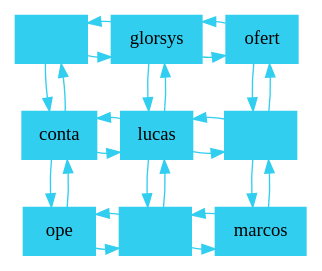
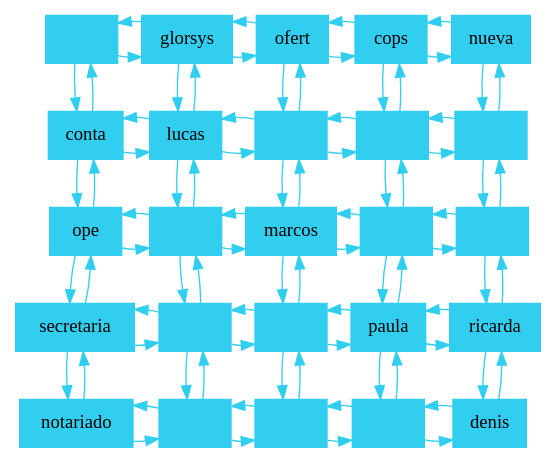
One commit to 201504242/Proyecto1s12017_201504303_201520506_201504242_201314001 changed the diagram in PYTHON/matriz.dot. Above: the diagram before and after it, drawn with Graphviz. The commit also changed 7 other files, not shown here.

```diff
--- a/PYTHON/matriz.dot
+++ b/PYTHON/matriz.dot
@@ -1,45 +1,119 @@
 digraph G { 
 rankdir=TB; 
  node [shape=box];
  node [style=filled]; 
  node [fillcolor="#31CEF0"];
  node [color="#31CEF0"];
  edge [color="#31CEF0"];
 00[label = ""] ;
 10[label = "glorsys"] ;
 20[label = "ofert"] ;
+30[label = "cops"] ;
+40[label = "nueva"] ;
 01[label = "conta"] ;
 11[label = "lucas"] ;
 21[label = ""] ;
+31[label = ""] ;
+41[label = ""] ;
 02[label = "ope"] ;
 12[label = ""] ;
 22[label = "marcos"] ;
+32[label = ""] ;
+42[label = ""] ;
+03[label = "secretaria"] ;
+13[label = ""] ;
+23[label = ""] ;
+33[label = "paula"] ;
+43[label = "ricarda"] ;
+04[label = "notariado"] ;
+14[label = ""] ;
+24[label = ""] ;
+34[label = ""] ;
+44[label = "denis"] ;
 
 00 -> 10;
 00 -> 01;
 10 -> 20;
 10 -> 11;
 10 -> 00;
+20 -> 30;
 20 -> 21;
 20 -> 10;
+30 -> 40;
+30 -> 31;
+30 -> 20;
+40 -> 41;
+40 -> 30;
 01 -> 11;
 01 -> 00;
 01 -> 02;
 11 -> 21;
 11 -> 10;
 11 -> 12;
 11 -> 01;
+21 -> 31;
 21 -> 20;
 21 -> 22;
 21 -> 11;
+31 -> 41;
+31 -> 30;
+31 -> 32;
+31 -> 21;
+41 -> 40;
+41 -> 42;
+41 -> 31;
 02 -> 12;
 02 -> 01;
+02 -> 03;
 12 -> 22;
 12 -> 11;
+12 -> 13;
 12 -> 02;
+22 -> 32;
 22 -> 21;
+22 -> 23;
 22 -> 12;
+32 -> 42;
+32 -> 31;
+32 -> 33;
+32 -> 22;
+42 -> 41;
+42 -> 43;
+42 -> 32;
+03 -> 13;
+03 -> 02;
+03 -> 04;
+13 -> 23;
+13 -> 12;
+13 -> 14;
+13 -> 03;
+23 -> 33;
+23 -> 22;
+23 -> 24;
+23 -> 13;
+33 -> 43;
+33 -> 32;
+33 -> 34;
+33 -> 23;
+43 -> 42;
+43 -> 44;
+43 -> 33;
+04 -> 14;
+04 -> 03;
+14 -> 24;
+14 -> 13;
+14 -> 04;
+24 -> 34;
+24 -> 23;
+24 -> 14;
+34 -> 44;
+34 -> 33;
+34 -> 24;
+44 -> 43;
+44 -> 34;
 
- {rank=same"00";"10";"20";}
- {rank=same"01";"11";"21";}
- {rank=same"02";"12";"22";} }
+ {rank=same"00";"10";"20";"30";"40";}
+ {rank=same"01";"11";"21";"31";"41";}
+ {rank=same"02";"12";"22";"32";"42";}
+ {rank=same"03";"13";"23";"33";"43";}
+ {rank=same"04";"14";"24";"34";"44";} }
```
